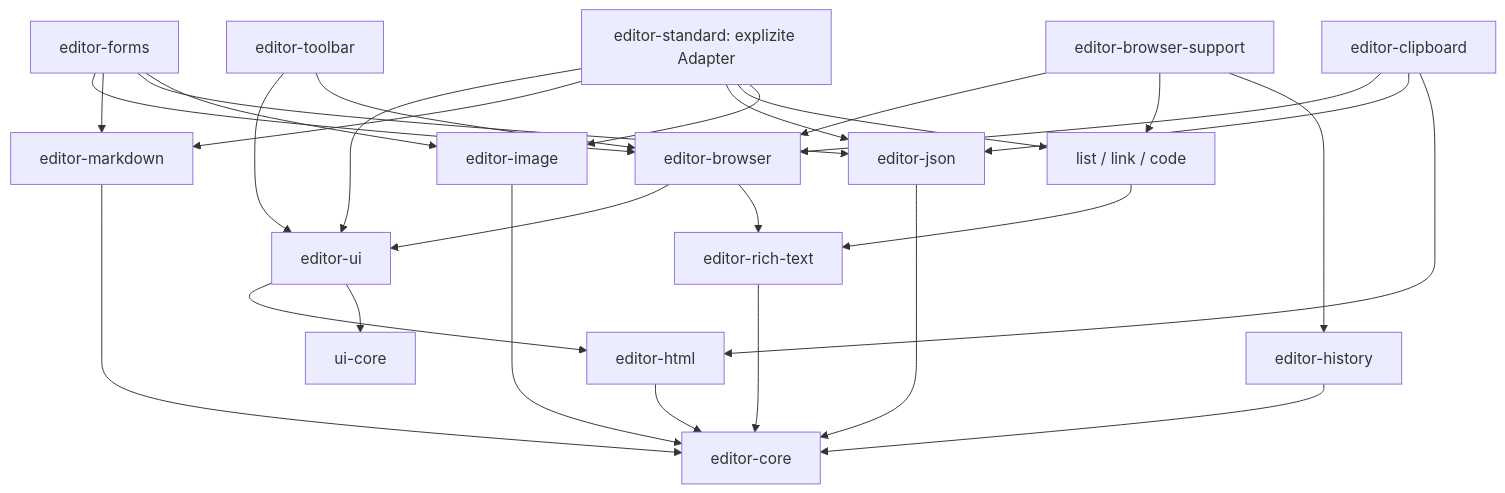
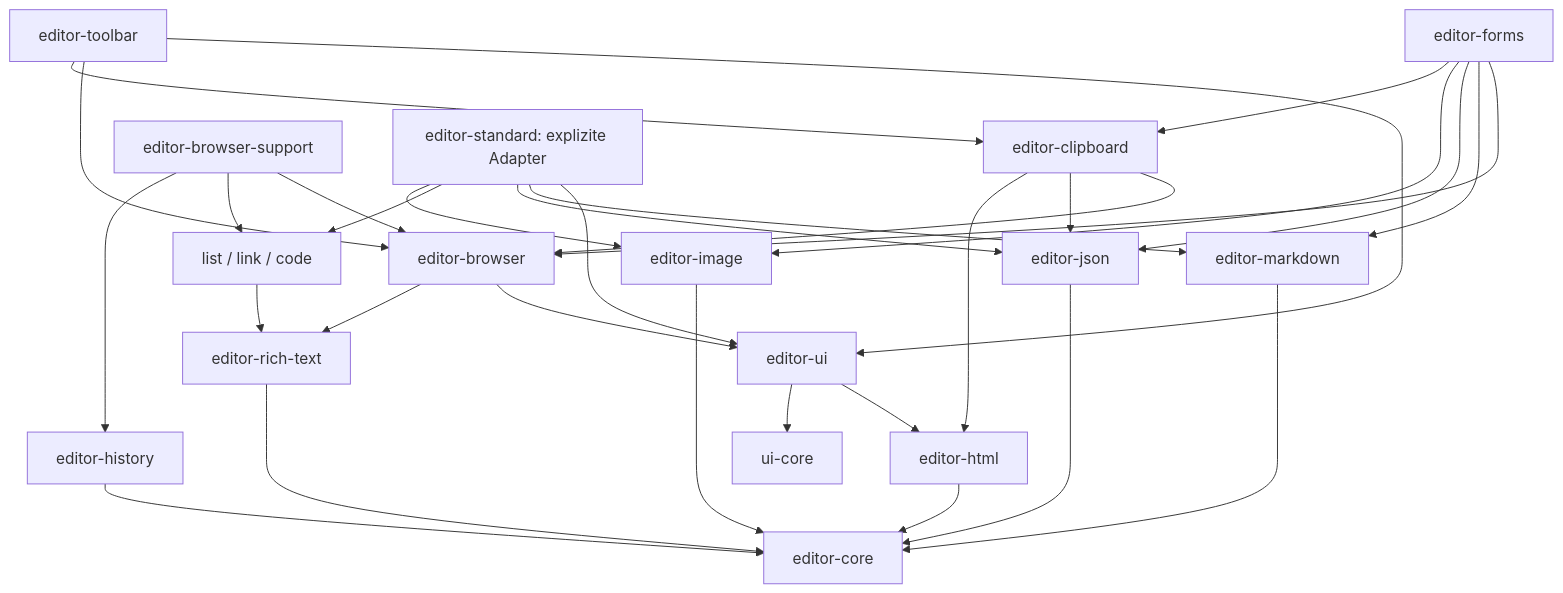
The diagram in UI_EDITOR_ARCHITECTURE.md (anjunar/scalajs-ember), drawn with Mermaid before and after one commit. The commit also changed other lines of this file and 32 other files, not shown here.

````diff
--- a/UI_EDITOR_ARCHITECTURE.md
+++ b/UI_EDITOR_ARCHITECTURE.md
@@ -209,31 +209,33 @@
 ```mermaid
 flowchart TD
   Toolbar[editor-toolbar] --> UI[editor-ui]
   Toolbar --> Browser[editor-browser]
   Forms[editor-forms] --> Browser
   Forms --> MD[editor-markdown]
   Forms --> JSON[editor-json]
   Forms --> Image[editor-image]
-  Clip[editor-clipboard] --> Browser
+  Forms --> Clip[editor-clipboard]
+  Toolbar --> Clip
+  Clip --> Browser
   Clip --> JSON
   Clip --> HTML[editor-html]
   Browser --> UI
   Browser --> Rich[editor-rich-text]
   BrowserSupport[editor-browser-support] --> Browser
   BrowserSupport --> Features[list / link / code]
   BrowserSupport --> History[editor-history]
   UI --> HTML
   UI --> UiCore[ui-core]
   Standard[editor-standard: explizite Adapter] --> UI
   Standard --> MD
   Standard --> JSON
   Standard --> Features[list / link / code]
   Standard --> Image
   Features --> Rich
   Rich --> Core[editor-core]
   Image --> Core
   MD --> Core
   JSON --> Core
   HTML --> Core
   History[editor-history] --> Core
 ```
````
